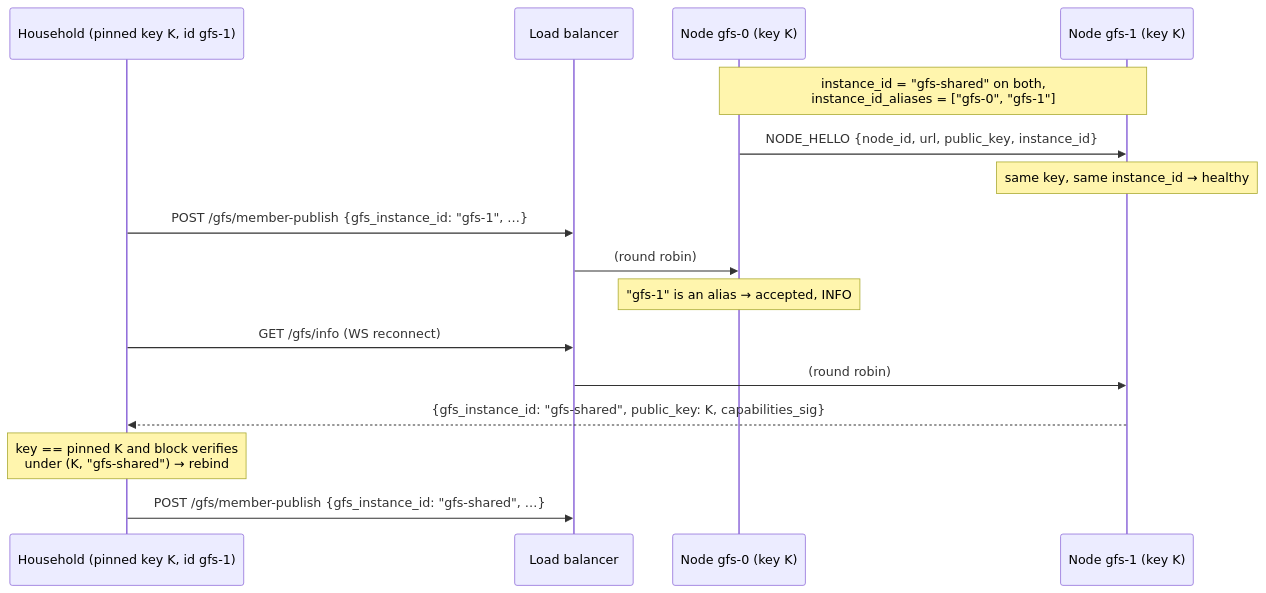
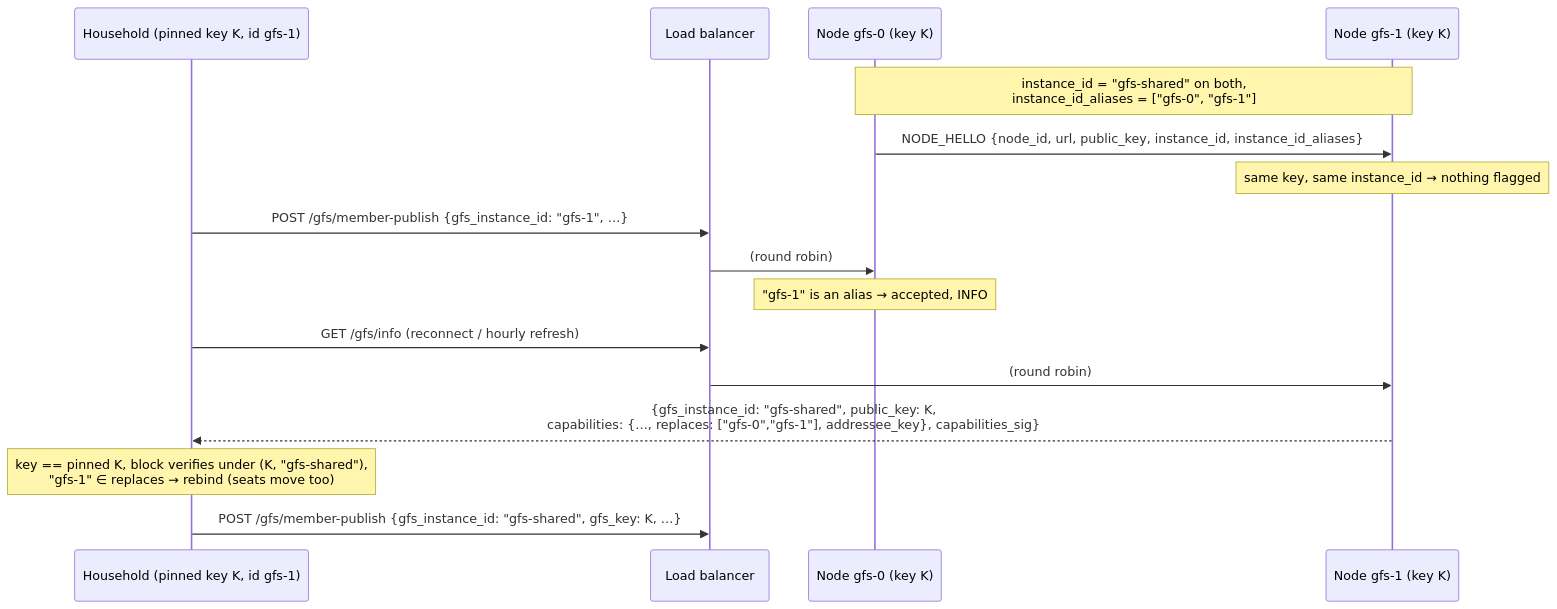
One commit to social-home-io/socialhome changed the first of 9 diagrams in docs/protocol/discovery.md. Above: the diagram before and after it, drawn with Mermaid. The commit also changed other lines of this file and 4 other files, not shown here.

First line of the commit message:
Docs: GFS public identity after the review fixes

````diff
--- a/docs/protocol/discovery.md
+++ b/docs/protocol/discovery.md
@@ -398,18 +423,18 @@
 ```mermaid
 sequenceDiagram
     participant H as Household (pinned key K, id gfs-1)
     participant LB as Load balancer
     participant N0 as Node gfs-0 (key K)
     participant N1 as Node gfs-1 (key K)
     Note over N0,N1: instance_id = "gfs-shared" on both,<br/>instance_id_aliases = ["gfs-0", "gfs-1"]
-    N0->>N1: NODE_HELLO {node_id, url, public_key, instance_id}
-    Note over N1: same key, same instance_id → healthy
+    N0->>N1: NODE_HELLO {node_id, url, public_key, instance_id, instance_id_aliases}
+    Note over N1: same key, same instance_id → nothing flagged
     H->>LB: POST /gfs/member-publish {gfs_instance_id: "gfs-1", …}
     LB->>N0: (round robin)
     Note over N0: "gfs-1" is an alias → accepted, INFO
-    H->>LB: GET /gfs/info (WS reconnect)
+    H->>LB: GET /gfs/info (reconnect / hourly refresh)
     LB->>N1: (round robin)
-    N1-->>H: {gfs_instance_id: "gfs-shared", public_key: K, capabilities_sig}
-    Note over H: key == pinned K and block verifies<br/>under (K, "gfs-shared") → rebind
-    H->>LB: POST /gfs/member-publish {gfs_instance_id: "gfs-shared", …}
+    N1-->>H: {gfs_instance_id: "gfs-shared", public_key: K,<br/>capabilities: {…, replaces: ["gfs-0","gfs-1"], addressee_key}, capabilities_sig}
+    Note over H: key == pinned K, block verifies under (K, "gfs-shared"),<br/>"gfs-1" ∈ replaces → rebind (seats move too)
+    H->>LB: POST /gfs/member-publish {gfs_instance_id: "gfs-shared", gfs_key: K, …}
 ```
````
